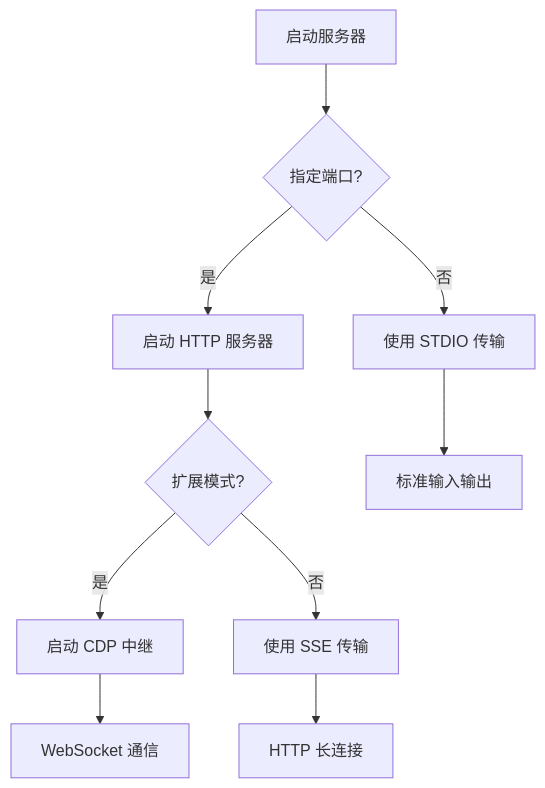
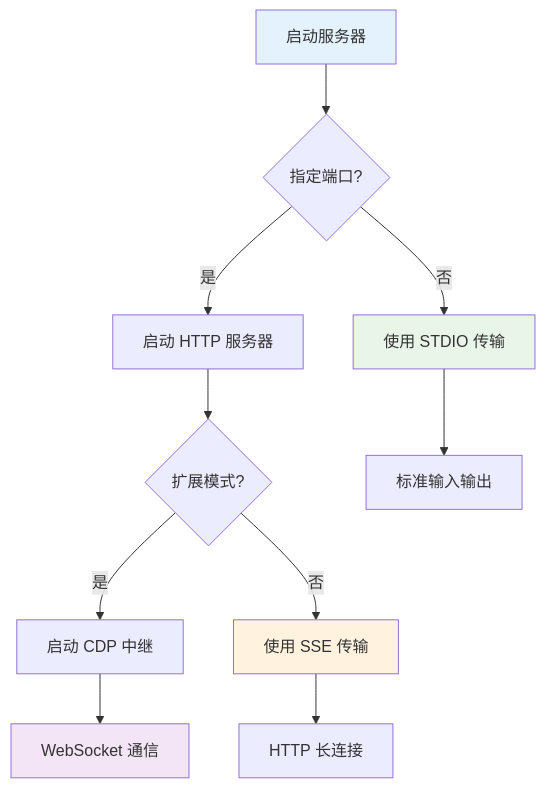
One commit to nicekate/playwright-mcp changed the third of 5 diagrams in TECHNICAL_DOCUMENTATION.md. Above: the diagram before and after it, drawn with Mermaid. The commit also changed other lines of this file, not shown here.

Commit message:
fix: 修复 Mermaid 图表格式问题
- 修复错误处理流程图的格式
- 修复传输层选择流程图的格式
- 添加样式配置确保图表正确渲染
- 解决 GitHub Mermaid 解析错误

````diff
--- a/TECHNICAL_DOCUMENTATION.md
+++ b/TECHNICAL_DOCUMENTATION.md
@@ -736,12 +736,17 @@
 ```mermaid
 flowchart TD
     A[启动服务器] --> B{指定端口?}
     B -->|是| C[启动 HTTP 服务器]
     B -->|否| D[使用 STDIO 传输]
     C --> E{扩展模式?}
     E -->|是| F[启动 CDP 中继]
     E -->|否| G[使用 SSE 传输]
     F --> H[WebSocket 通信]
     G --> I[HTTP 长连接]
     D --> J[标准输入输出]
+
+    style A fill:#e3f2fd
+    style D fill:#e8f5e8
+    style G fill:#fff3e0
+    style H fill:#f3e5f5
 ```
````
